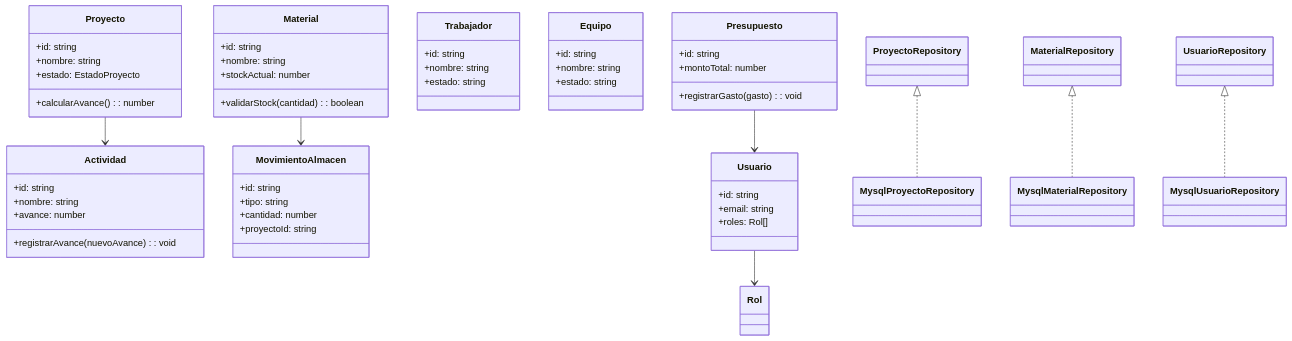
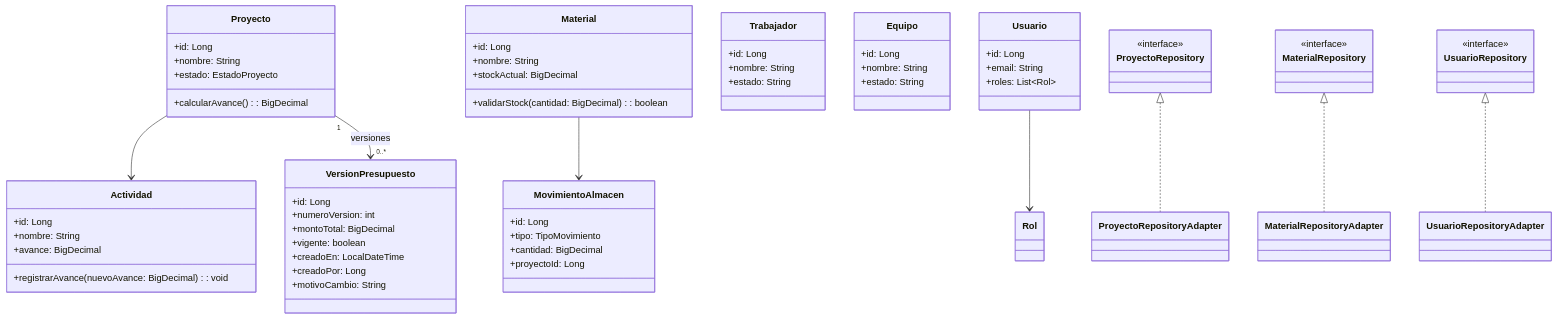
The first of 2 diagrams in docs/03-diseno-de-software/diseño-interno/diseño-interno-de-modulos.md (dostinarroyo/Constructora-arquitSoft-02-Dostin_Arroyo), drawn with Mermaid before and after one commit. The commit also changed other lines of this file, not shown here.

````diff
--- a/docs/03-diseno-de-software/diseño-interno/diseño-interno-de-modulos.md
+++ b/docs/03-diseno-de-software/diseño-interno/diseño-interno-de-modulos.md
@@ -199,66 +96,84 @@
 ```mermaid
 classDiagram
     class Proyecto {
-        +id: string
-        +nombre: string
+        +id: Long
+        +nombre: String
         +estado: EstadoProyecto
-        +calcularAvance(): number
+        +calcularAvance(): BigDecimal
     }
 
     class Actividad {
-        +id: string
-        +nombre: string
-        +avance: number
-        +registrarAvance(nuevoAvance): void
+        +id: Long
+        +nombre: String
+        +avance: BigDecimal
+        +registrarAvance(nuevoAvance: BigDecimal): void
     }
 
     class Material {
-        +id: string
-        +nombre: string
-        +stockActual: number
-        +validarStock(cantidad): boolean
+        +id: Long
+        +nombre: String
+        +stockActual: BigDecimal
+        +validarStock(cantidad: BigDecimal): boolean
     }
 
     class MovimientoAlmacen {
-        +id: string
-        +tipo: string
-        +cantidad: number
-        +proyectoId: string
+        +id: Long
+        +tipo: TipoMovimiento
+        +cantidad: BigDecimal
+        +proyectoId: Long
     }
 
     class Trabajador {
-        +id: string
-        +nombre: string
-        +estado: string
+        +id: Long
+        +nombre: String
+        +estado: String
     }
 
     class Equipo {
-        +id: string
-        +nombre: string
-        +estado: string
+        +id: Long
+        +nombre: String
+        +estado: String
     }
 
-    class Presupuesto {
-        +id: string
-        +montoTotal: number
-        +registrarGasto(gasto): void
+    class VersionPresupuesto {
+        +id: Long
+        +numeroVersion: int
+        +montoTotal: BigDecimal
+        +vigente: boolean
+        +creadoEn: LocalDateTime
+        +creadoPor: Long
+        +motivoCambio: String
     }
 
     class Usuario {
-        +id: string
-        +email: string
-        +roles: Rol[]
+        +id: Long
+        +email: String
+        +roles: List~Rol~
     }
 
-    class ProyectoRepository
-    class MaterialRepository
-    class UsuarioRepository
+    class Rol
+
+    class ProyectoRepository {
+        <<interface>>
+    }
+
+    class MaterialRepository {
+        <<interface>>
+    }
+
+    class UsuarioRepository {
+        <<interface>>
+    }
+
+    class ProyectoRepositoryAdapter
+    class MaterialRepositoryAdapter
+    class UsuarioRepositoryAdapter
 
     Proyecto --> Actividad
     Material --> MovimientoAlmacen
-    Presupuesto --> Usuario
+    Proyecto "1" --> "0..*" VersionPresupuesto : versiones
     Usuario --> Rol
-    ProyectoRepository <|.. MysqlProyectoRepository
-    MaterialRepository <|.. MysqlMaterialRepository
-    UsuarioRepository <|.. MysqlUsuarioRepository
+    ProyectoRepository <|.. ProyectoRepositoryAdapter
+    MaterialRepository <|.. MaterialRepositoryAdapter
+    UsuarioRepository <|.. UsuarioRepositoryAdapter
 ```
````
